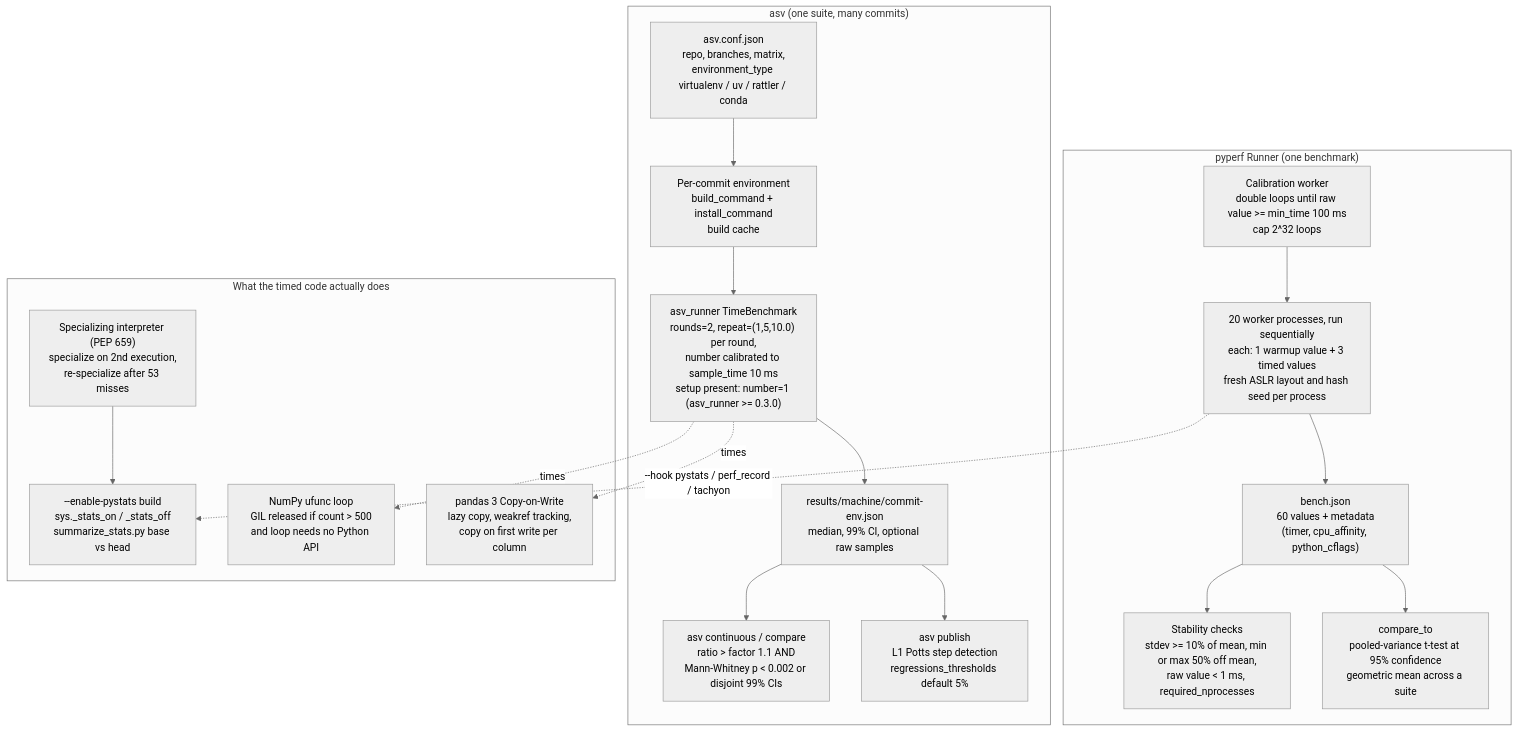
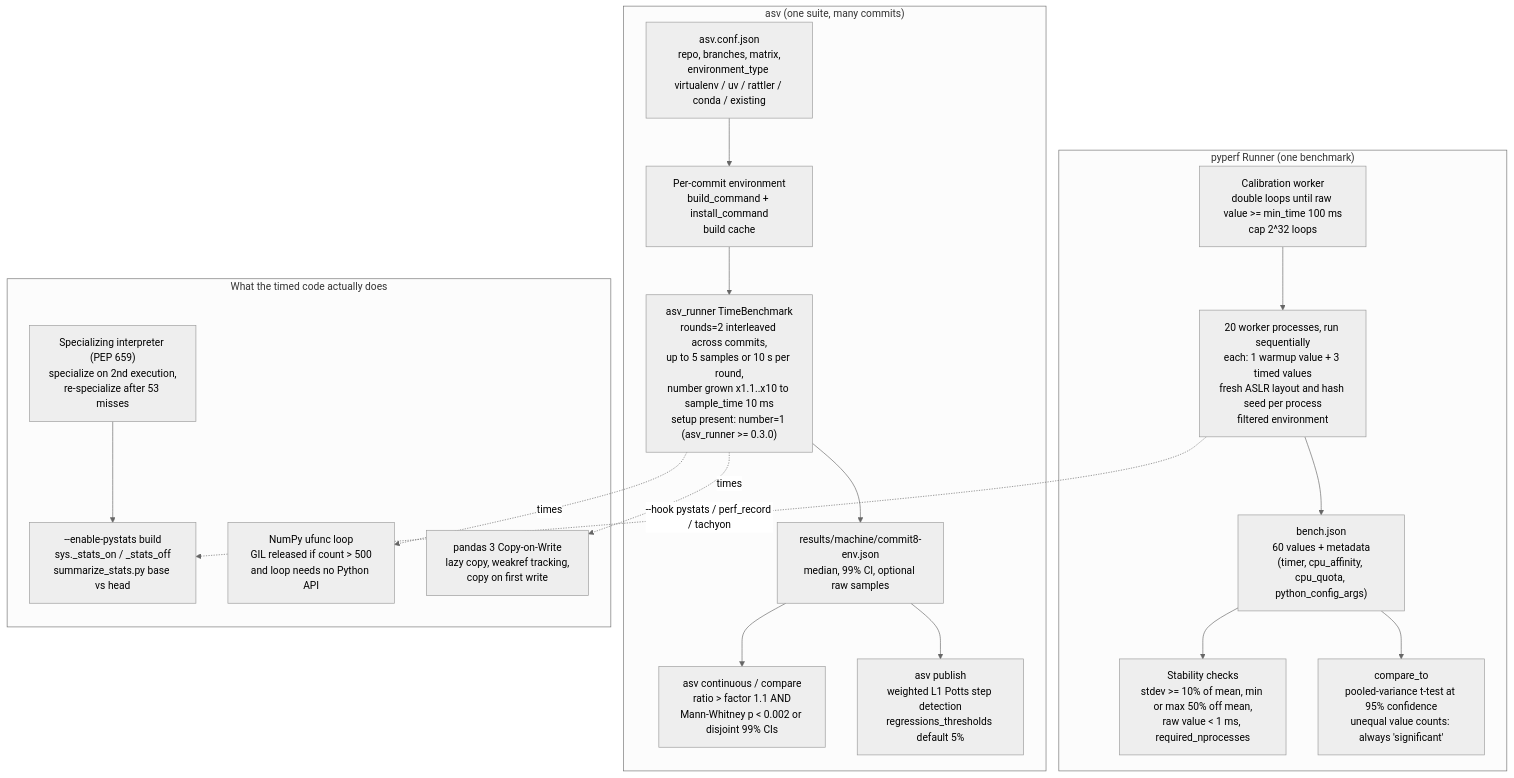
One commit to shreejitverma/The-Distinguished-Engineer changed the diagram in 18-Developer-Toolchain/05-Profiling/Python/Python-Benchmarking-pyperf-asv-and-NumPy-Pandas-Profiling.md. Above: the diagram before and after it, drawn with Mermaid (neutral theme). The commit also changed other lines of this file and 8 other files, not shown here.

````diff
--- a/18-Developer-Toolchain/05-Profiling/Python/Python-Benchmarking-pyperf-asv-and-NumPy-Pandas-Profiling.md
+++ b/18-Developer-Toolchain/05-Profiling/Python/Python-Benchmarking-pyperf-asv-and-NumPy-Pandas-Profiling.md
@@ -37,36 +40,36 @@
 ```mermaid
 flowchart TD
     subgraph Pyperf["pyperf Runner (one benchmark)"]
         CAL["Calibration worker<br/>double loops until raw value >= min_time 100 ms<br/>cap 2^32 loops"]
-        WK["20 worker processes, run sequentially<br/>each: 1 warmup value + 3 timed values<br/>fresh ASLR layout and hash seed per process"]
-        JSON["bench.json<br/>60 values + metadata<br/>(timer, cpu_affinity, python_cflags)"]
+        WK["20 worker processes, run sequentially<br/>each: 1 warmup value + 3 timed values<br/>fresh ASLR layout and hash seed per process<br/>filtered environment"]
+        JSON["bench.json<br/>60 values + metadata<br/>(timer, cpu_affinity, cpu_quota, python_config_args)"]
         CHK["Stability checks<br/>stdev >= 10% of mean, min or max 50% off mean,<br/>raw value < 1 ms, required_nprocesses"]
-        CMP["compare_to<br/>pooled-variance t-test at 95% confidence<br/>geometric mean across a suite"]
+        CMP["compare_to<br/>pooled-variance t-test at 95% confidence<br/>unequal value counts: always 'significant'"]
         CAL --> WK --> JSON --> CHK
         JSON --> CMP
     end
 
     subgraph ASV["asv (one suite, many commits)"]
-        CFG["asv.conf.json<br/>repo, branches, matrix,<br/>environment_type virtualenv / uv / rattler / conda"]
+        CFG["asv.conf.json<br/>repo, branches, matrix,<br/>environment_type virtualenv / uv / rattler / conda / existing"]
         ENV["Per-commit environment<br/>build_command + install_command<br/>build cache"]
-        RUN["asv_runner TimeBenchmark<br/>rounds=2, repeat=(1,5,10.0) per round,<br/>number calibrated to sample_time 10 ms<br/>setup present: number=1 (asv_runner >= 0.3.0)"]
-        RES["results/machine/commit-env.json<br/>median, 99% CI, optional raw samples"]
+        RUN["asv_runner TimeBenchmark<br/>rounds=2 interleaved across commits,<br/>up to 5 samples or 10 s per round,<br/>number grown x1.1..x10 to sample_time 10 ms<br/>setup present: number=1 (asv_runner >= 0.3.0)"]
+        RES["results/machine/commit8-env.json<br/>median, 99% CI, optional raw samples"]
         CONT["asv continuous / compare<br/>ratio > factor 1.1 AND<br/>Mann-Whitney p < 0.002 or disjoint 99% CIs"]
-        STEP["asv publish<br/>L1 Potts step detection<br/>regressions_thresholds default 5%"]
+        STEP["asv publish<br/>weighted L1 Potts step detection<br/>regressions_thresholds default 5%"]
         CFG --> ENV --> RUN --> RES
         RES --> CONT
         RES --> STEP
     end
 
     subgraph Interp["What the timed code actually does"]
         SPEC["Specializing interpreter (PEP 659)<br/>specialize on 2nd execution,<br/>re-specialize after 53 misses"]
         STATS["--enable-pystats build<br/>sys._stats_on / _stats_off<br/>summarize_stats.py base vs head"]
         UF["NumPy ufunc loop<br/>GIL released if count > 500<br/>and loop needs no Python API"]
-        COW["pandas 3 Copy-on-Write<br/>lazy copy, weakref tracking,<br/>copy on first write per column"]
+        COW["pandas 3 Copy-on-Write<br/>lazy copy, weakref tracking,<br/>copy on first write"]
         SPEC --> STATS
     end
 
     WK -.->|"--hook pystats / perf_record / tachyon"| STATS
     RUN -.->|"times"| UF
     RUN -.->|"times"| COW
 ```
````
